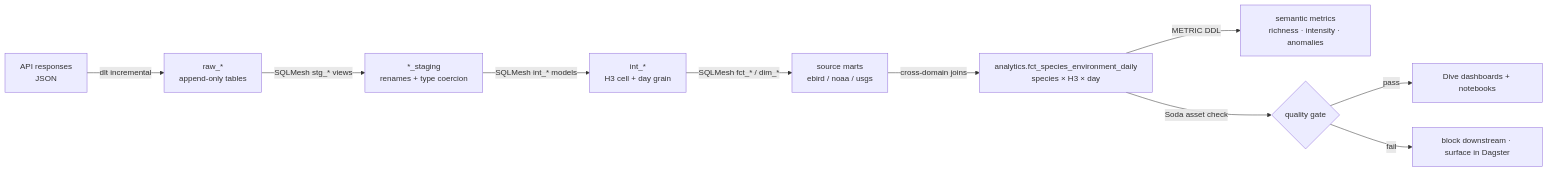
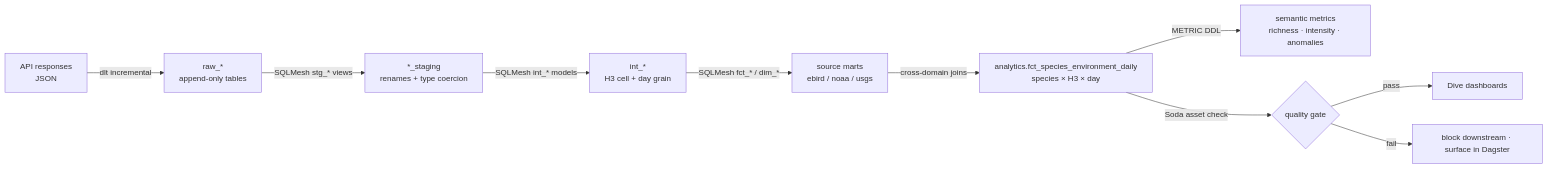
Before and after one commit to Doctacon/databox: the second of 2 diagrams in README.md, drawn with Mermaid. The commit also changed other lines of this file and 4 other files, not shown here.

````diff
--- a/README.md
+++ b/README.md
@@ -98,12 +96,12 @@
 ```mermaid
 flowchart LR
     A[API responses<br/>JSON] -->|dlt incremental| B[raw_*<br/>append-only tables]
     B -->|SQLMesh stg_* views| C[*_staging<br/>renames + type coercion]
     C -->|SQLMesh int_* models| D[int_*<br/>H3 cell + day grain]
     D -->|SQLMesh fct_* / dim_*| E[source marts<br/>ebird / noaa / usgs]
     E -->|cross-domain joins| F[analytics.fct_species_environment_daily<br/>species × H3 × day]
     F -->|METRIC DDL| G[semantic metrics<br/>richness · intensity · anomalies]
     F -->|Soda asset check| H{quality gate}
-    H -->|pass| I[Dive dashboards + notebooks]
+    H -->|pass| I[Dive dashboards]
     H -->|fail| J[block downstream · surface in Dagster]
 ```
````
